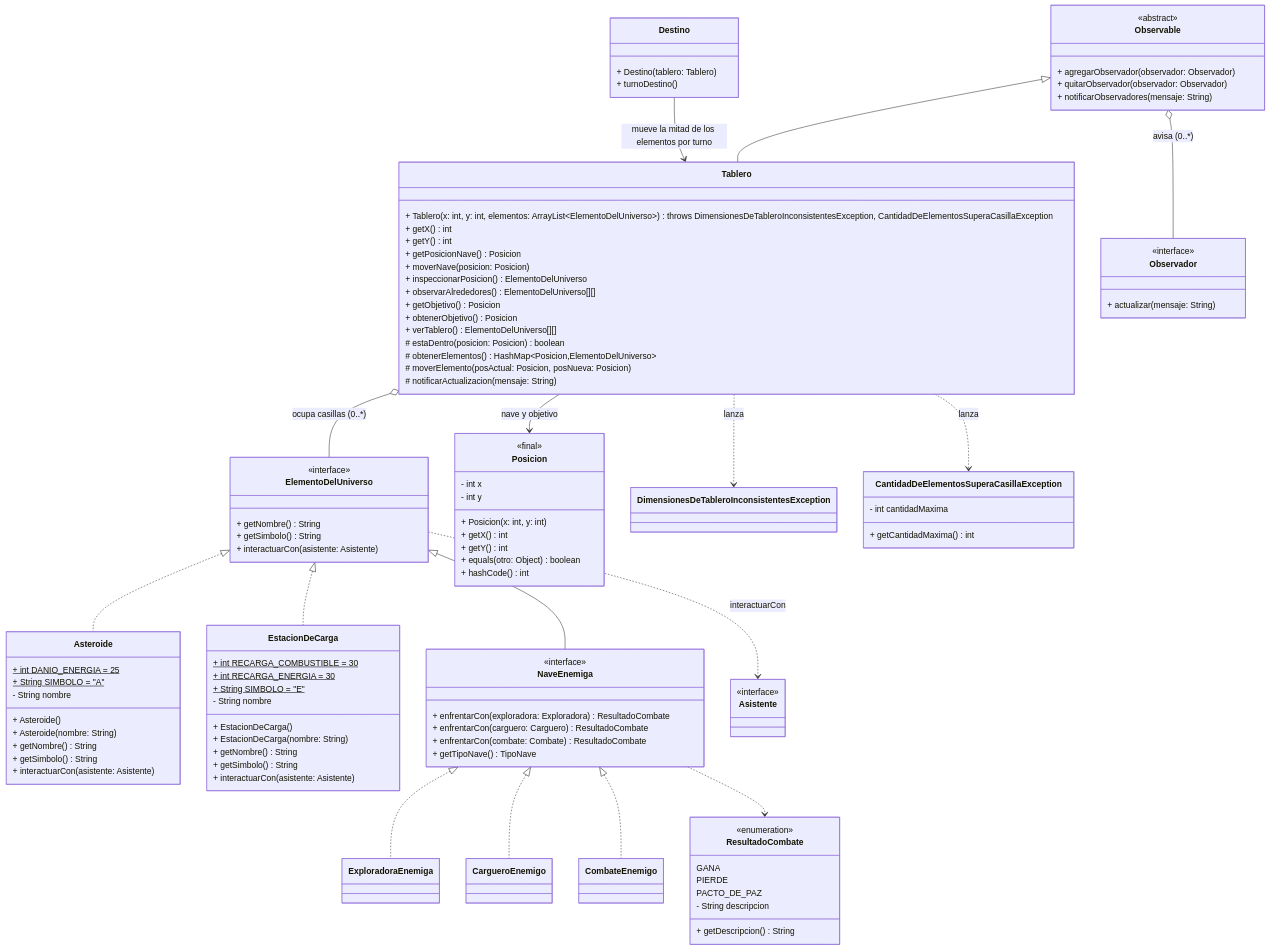
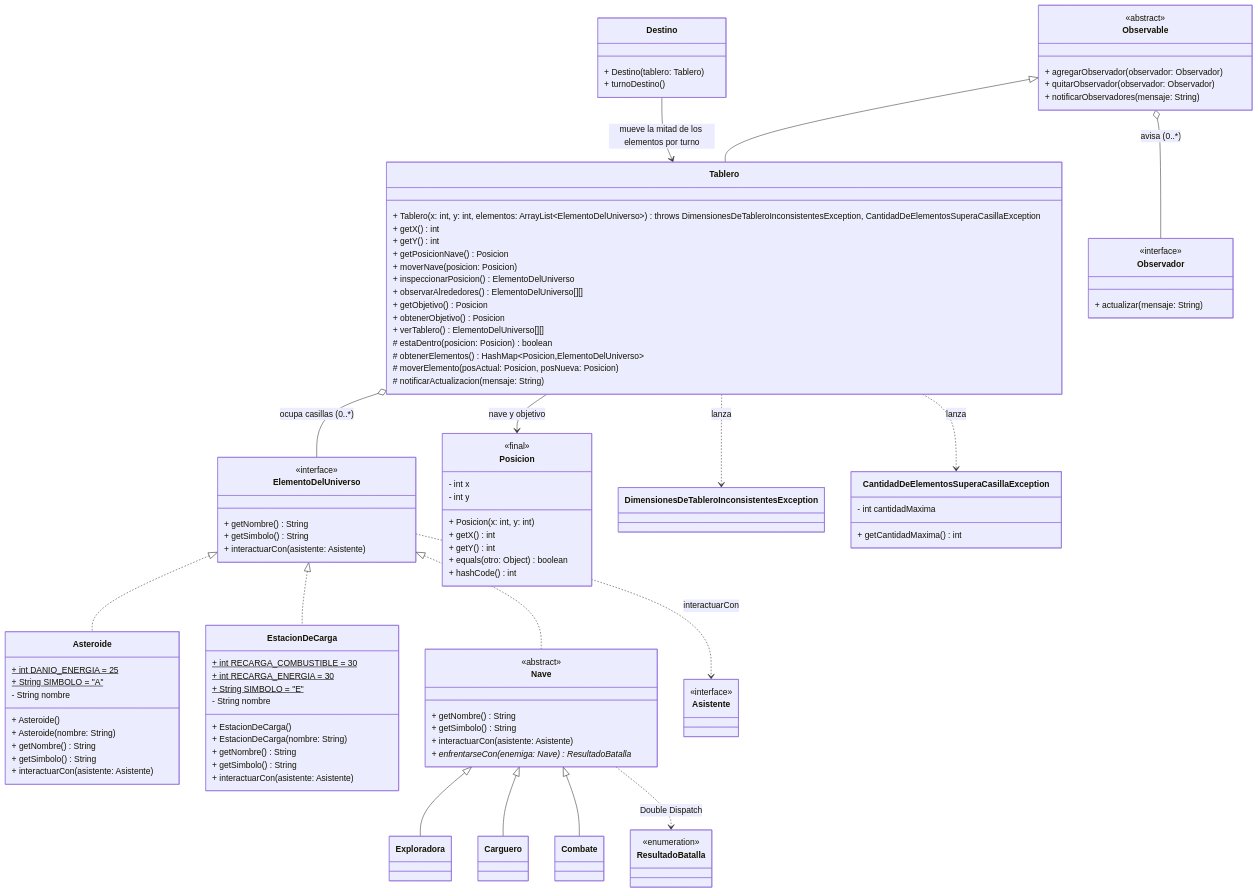
The ninth of 9 diagrams in docs/diagrama_clases.md (josesarregui/tpg-programacion-c-nave), drawn with Mermaid before and after one commit. The commit also changed other lines of this file and 26 other files, not shown here.

Commit message:
Paso 2 E2: batallas por Double Dispatch, destrucción de la nave, gemas y suministros

```diff
--- a/docs/diagrama_clases.md
+++ b/docs/diagrama_clases.md
@@ -859,23 +925,18 @@
         + getSimbolo() String
         + interactuarCon(asistente: Asistente)
     }
-    class NaveEnemiga {
-        <<interface>>
-        + enfrentarCon(exploradora: Exploradora) ResultadoCombate
-        + enfrentarCon(carguero: Carguero) ResultadoCombate
-        + enfrentarCon(combate: Combate) ResultadoCombate
-        + getTipoNave() TipoNave
+    class Nave {
+        <<abstract>>
+        + getNombre() String
+        + getSimbolo() String
+        + interactuarCon(asistente: Asistente)
+        + enfrentarseCon(enemiga: Nave) ResultadoBatalla*
     }
-    class ExploradoraEnemiga
-    class CargueroEnemigo
-    class CombateEnemigo
-    class ResultadoCombate {
+    class Exploradora
+    class Carguero
+    class Combate
+    class ResultadoBatalla {
         <<enumeration>>
-        GANA
-        PIERDE
-        PACTO_DE_PAZ
-        - String descripcion
-        + getDescripcion() String
     }
     class Tablero {
         + Tablero(x: int, y: int, elementos: ArrayList~ElementoDelUniverso~) throws DimensionesDeTableroInconsistentesException, CantidadDeElementosSuperaCasillaException
@@ -927,11 +988,11 @@
 
     ElementoDelUniverso <|.. Asteroide
     ElementoDelUniverso <|.. EstacionDeCarga
-    ElementoDelUniverso <|-- NaveEnemiga
-    NaveEnemiga <|.. ExploradoraEnemiga
-    NaveEnemiga <|.. CargueroEnemigo
-    NaveEnemiga <|.. CombateEnemigo
-    NaveEnemiga ..> ResultadoCombate
+    ElementoDelUniverso <|.. Nave
+    Nave <|-- Exploradora
+    Nave <|-- Carguero
+    Nave <|-- Combate
+    Nave ..> ResultadoBatalla : Double Dispatch
     ElementoDelUniverso ..> Asistente : interactuarCon
     Observable <|-- Tablero
     Observable o-- Observador : avisa (0..*)
```
